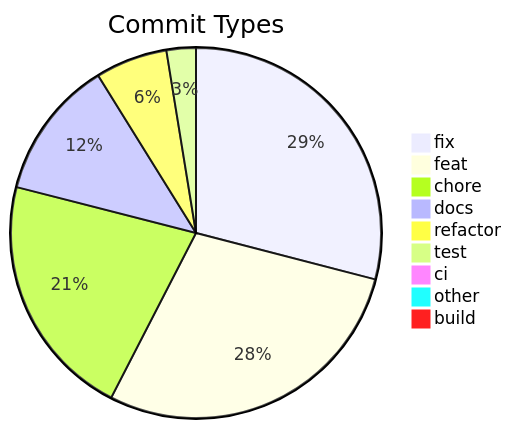
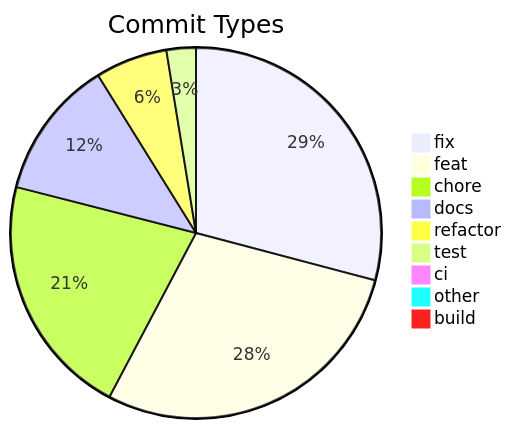
Before and after one commit to svenroth-ai/shipwright: the diagram in .shipwright/compliance/change-history.md, drawn with Mermaid. The commit also changed other lines of this file and 8 other files, not shown here.

````diff
--- a/.shipwright/compliance/change-history.md
+++ b/.shipwright/compliance/change-history.md
@@ -10,12 +10,12 @@
 ```mermaid
 pie title Commit Types
-    "fix" : 351
-    "feat" : 345
-    "chore" : 259
+    "fix" : 352
+    "feat" : 346
+    "chore" : 257
     "docs" : 147
     "refactor" : 76
     "test" : 31
     "ci" : 11
     "other" : 9
     "build" : 1
 ```
````
